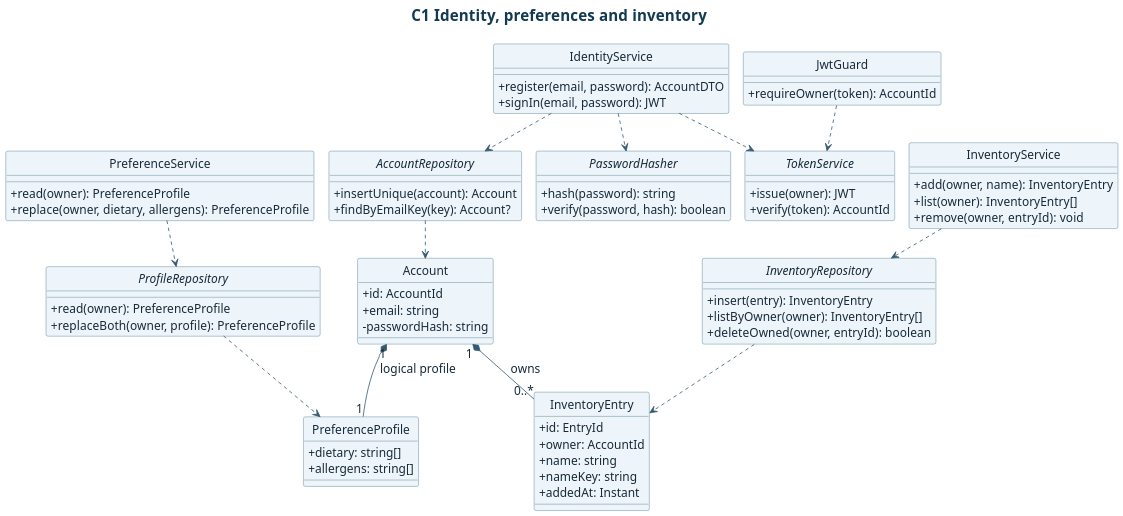
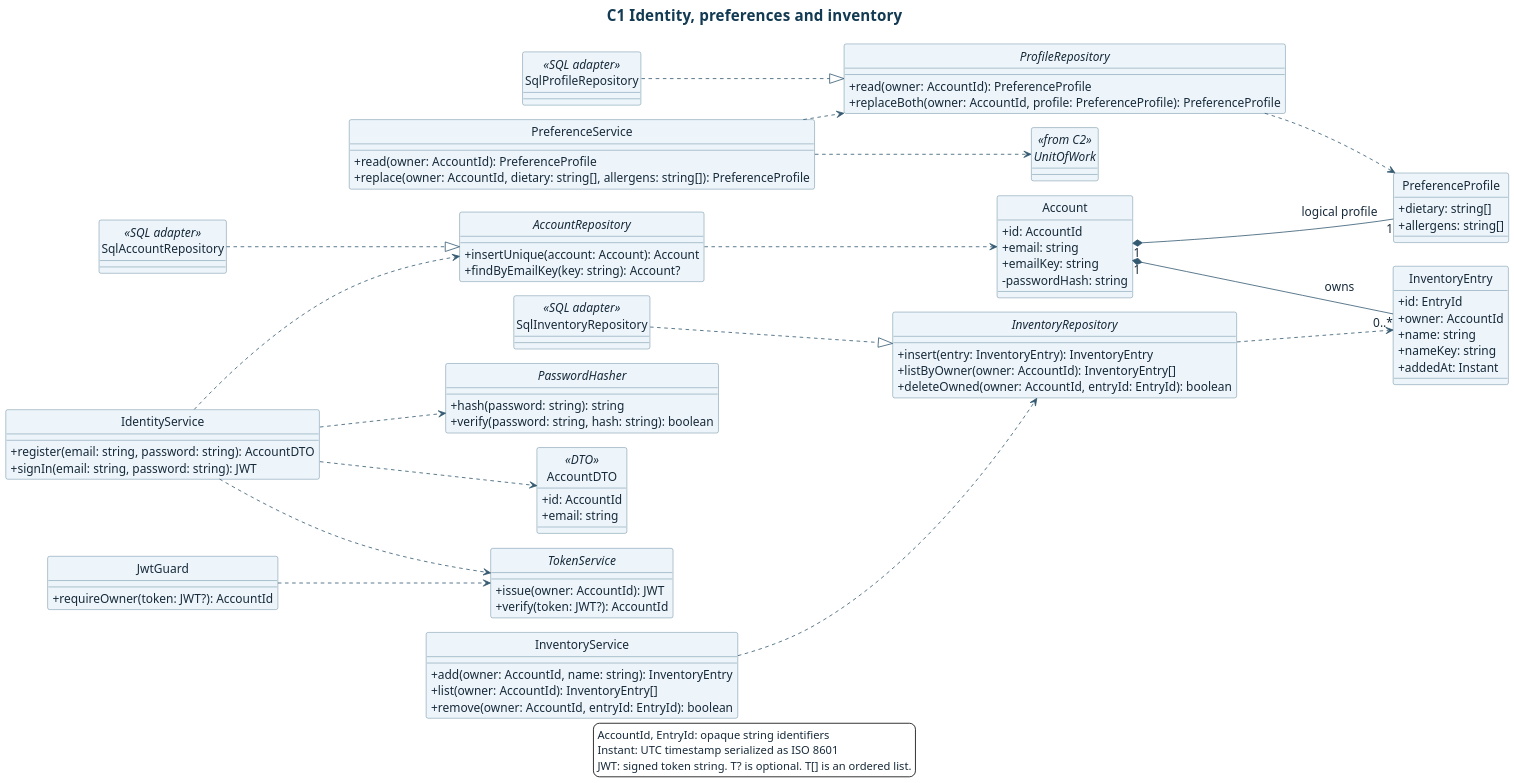
One commit to SarpCizer/CMPE331-Project changed the diagram in docs/design/class/identity-inventory.puml. Above: the diagram before and after it, drawn with PlantUML. The commit also changed 5 other files, not shown here.

```diff
--- a/docs/design/class/identity-inventory.puml
+++ b/docs/design/class/identity-inventory.puml
@@ -1,88 +1,110 @@
 @startuml
 title C1  Identity, preferences and inventory
 skinparam backgroundColor #FFFFFF
 skinparam defaultFontName Arial
 skinparam defaultFontColor #172A3A
 skinparam defaultFontSize 15
 skinparam ArrowColor #345A72
 skinparam Shadowing false
 skinparam dpi 150
 skinparam TitleFontColor #123A52
 skinparam TitleFontSize 19
 skinparam ClassBackgroundColor #EDF5FA
 skinparam ClassBorderColor #456F89
 skinparam ComponentBackgroundColor #EDF5FA
 skinparam ComponentBorderColor #456F89
 skinparam PackageBorderColor #456F89
 skinparam ParticipantBackgroundColor #E6F4F0
 skinparam ParticipantBorderColor #417364
 skinparam SequenceGroupBackgroundColor #EDF5FA
 skinparam SequenceGroupBorderColor #617C8D
 !pragma layout smetana
+left to right direction
 hide circle
 skinparam classAttributeIconSize 0
+skinparam nodesep 30
 class Account {
   +id: AccountId
   +email: string
+  +emailKey: string
   -passwordHash: string
 }
 class PreferenceProfile {
   +dietary: string[]
   +allergens: string[]
 }
 class InventoryEntry {
   +id: EntryId
   +owner: AccountId
   +name: string
   +nameKey: string
   +addedAt: Instant
 }
+class AccountDTO <<DTO>> {
+  +id: AccountId
+  +email: string
+}
 class IdentityService {
-  +register(email, password): AccountDTO
-  +signIn(email, password): JWT
+  +register(email: string, password: string): AccountDTO
+  +signIn(email: string, password: string): JWT
 }
 class JwtGuard {
-  +requireOwner(token): AccountId
+  +requireOwner(token: JWT?): AccountId
 }
 class PreferenceService {
-  +read(owner): PreferenceProfile
-  +replace(owner, dietary, allergens): PreferenceProfile
+  +read(owner: AccountId): PreferenceProfile
+  +replace(owner: AccountId, dietary: string[], allergens: string[]): PreferenceProfile
 }
 class InventoryService {
-  +add(owner, name): InventoryEntry
-  +list(owner): InventoryEntry[]
-  +remove(owner, entryId): void
+  +add(owner: AccountId, name: string): InventoryEntry
+  +list(owner: AccountId): InventoryEntry[]
+  +remove(owner: AccountId, entryId: EntryId): boolean
 }
 interface AccountRepository {
-  +insertUnique(account): Account
-  +findByEmailKey(key): Account?
+  +insertUnique(account: Account): Account
+  +findByEmailKey(key: string): Account?
 }
 interface ProfileRepository {
-  +read(owner): PreferenceProfile
-  +replaceBoth(owner, profile): PreferenceProfile
+  +read(owner: AccountId): PreferenceProfile
+  +replaceBoth(owner: AccountId, profile: PreferenceProfile): PreferenceProfile
 }
 interface InventoryRepository {
-  +insert(entry): InventoryEntry
-  +listByOwner(owner): InventoryEntry[]
-  +deleteOwned(owner, entryId): boolean
+  +insert(entry: InventoryEntry): InventoryEntry
+  +listByOwner(owner: AccountId): InventoryEntry[]
+  +deleteOwned(owner: AccountId, entryId: EntryId): boolean
 }
 interface PasswordHasher {
-  +hash(password): string
-  +verify(password, hash): boolean
+  +hash(password: string): string
+  +verify(password: string, hash: string): boolean
 }
 interface TokenService {
-  +issue(owner): JWT
-  +verify(token): AccountId
+  +issue(owner: AccountId): JWT
+  +verify(token: JWT?): AccountId
 }
+interface UnitOfWork <<from C2>>
+class SqlAccountRepository <<SQL adapter>>
+class SqlProfileRepository <<SQL adapter>>
+class SqlInventoryRepository <<SQL adapter>>
+SqlAccountRepository ..|> AccountRepository
+SqlProfileRepository ..|> ProfileRepository
+SqlInventoryRepository ..|> InventoryRepository
 Account "1" *-- "1" PreferenceProfile : logical profile
 Account "1" *-- "0..*" InventoryEntry : owns
 IdentityService ..> AccountRepository
 IdentityService ..> PasswordHasher
 IdentityService ..> TokenService
+IdentityService ..> AccountDTO
 JwtGuard ..> TokenService
 PreferenceService ..> ProfileRepository
+PreferenceService ..> UnitOfWork
 InventoryService ..> InventoryRepository
 AccountRepository ..> Account
 ProfileRepository ..> PreferenceProfile
 InventoryRepository ..> InventoryEntry
+
+legend bottom
+  AccountId, EntryId: opaque string identifiers
+  Instant: UTC timestamp serialized as ISO 8601
+  JWT: signed token string. T? is optional. T[] is an ordered list.
+endlegend
 @enduml
```
